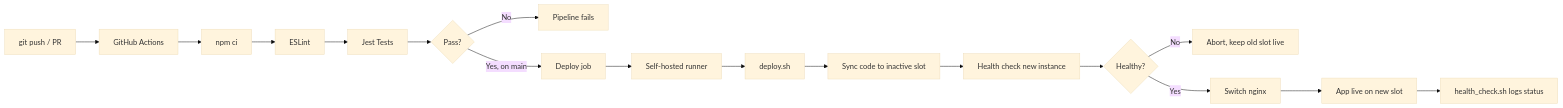
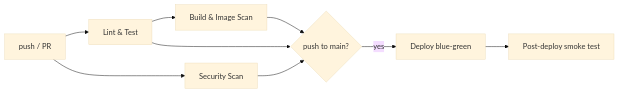
Before and after one commit to otina12/devops-task-manager: the second of 2 diagrams in README.md, drawn with Mermaid (base theme). The commit also changed other lines of this file and 8 other files, not shown here.

````diff
--- a/README.md
+++ b/README.md
@@ -27,19 +172,11 @@
 ```mermaid
-graph LR
-    A[git push / PR] --> B[GitHub Actions]
-    B --> C[npm ci]
-    C --> D[ESLint]
-    D --> E[Jest Tests]
-    E --> F{Pass?}
-    F -->|No| G[Pipeline fails]
-    F -->|Yes, on main| H[Deploy job]
-    H --> I[Self-hosted runner]
-    I --> J[deploy.sh]
-    J --> K[Sync code to inactive slot]
-    K --> L[Health check new instance]
-    L --> M{Healthy?}
-    M -->|No| N[Abort, keep old slot live]
-    M -->|Yes| O[Switch nginx]
-    O --> P[App live on new slot]
-    P --> Q[health_check.sh logs status]
+flowchart LR
+    A[push / PR] --> T[Lint & Test]
+    A --> S[Security Scan]
+    T --> BLD[Build & Image Scan]
+    T --> D{push to main?}
+    S --> D
+    BLD --> D
+    D -->|yes| DEP[Deploy blue-green]
+    DEP --> SMK[Post-deploy smoke test]
 ```
````
